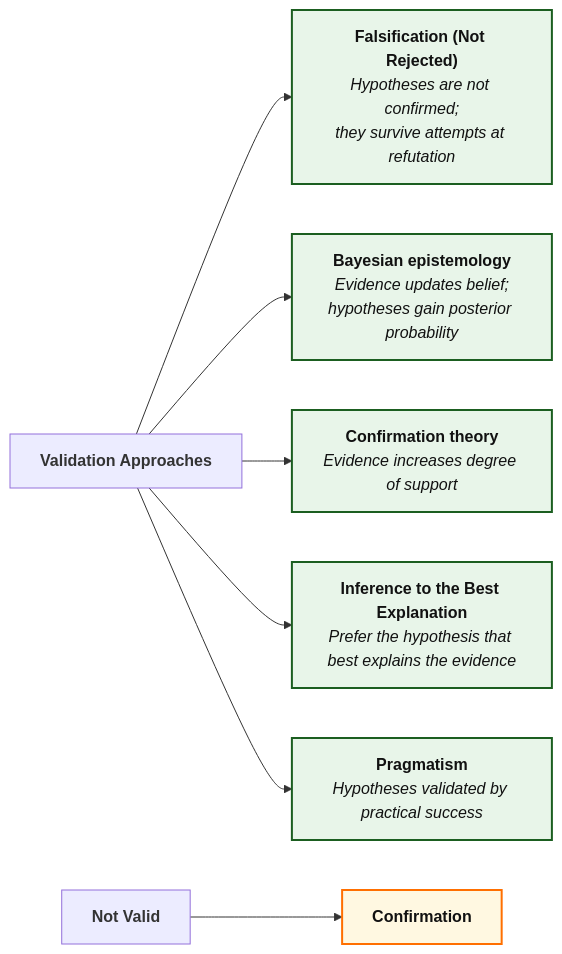
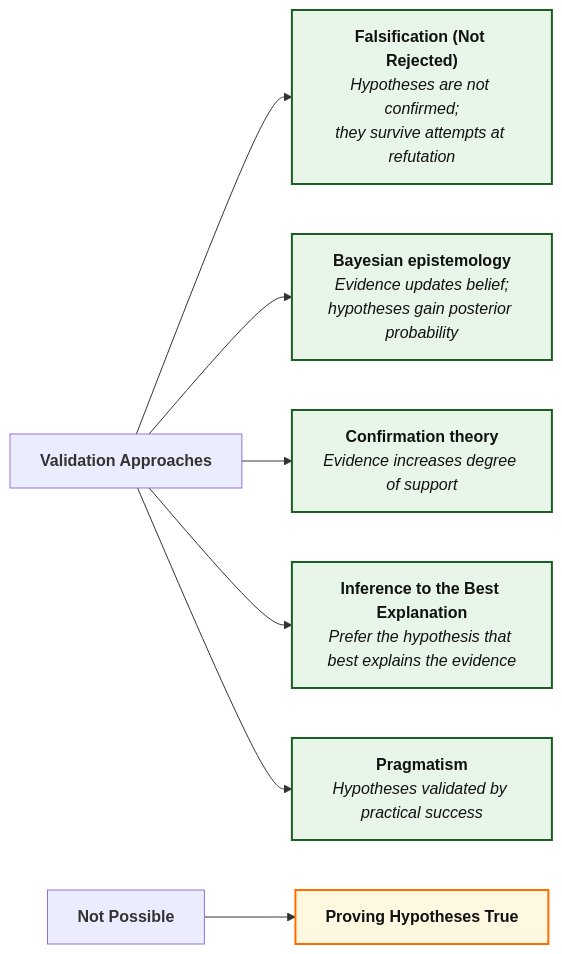
The diagram in articles-posts/hypothesis-validation.md (Tellusant/docs), drawn with Mermaid before and after one commit. The commit also changed other lines of this file, not shown here.

```diff
--- a/articles-posts/hypothesis-validation.md
+++ b/articles-posts/hypothesis-validation.md
@@ -12,31 +13,31 @@
 <div class="mermaid">
 
 flowchart LR
 
     V["`**Validation Approaches**`"]:::none
 
     F["`**Falsification (Not Rejected)**<br/>*Hypotheses are not confirmed;<br/>they survive attempts at refutation*`"]:::strong
     B["`**Bayesian epistemology**<br/>*Evidence updates belief;<br/>hypotheses gain posterior probability*`"]:::strong
     C["`**Confirmation theory**<br/>*Evidence increases degree of support*`"]:::strong
     I["`**Inference to the Best Explanation**<br/>*Prefer the hypothesis that best explains the evidence*`"]:::strong
     R["`**Pragmatism**<br/>*Hypotheses validated by practical success*`"]:::strong
 
-    NV["`**Not Valid**`"]:::none
-    CO["`**Confirmation**`"]:::mixed
+    NV["`**Not Possible**`"]:::none
+    CO["`**Proving Hypotheses True**`"]:::mixed
 
     V --> F
     V --> B
     V --> C
     V --> I
     V --> R
     NV--> CO
 
     %% ========= STYLES ========= Labels are from another graph
 classDef strong  fill:#E8F5E9,stroke:#1B5E20,stroke-width:2px,color:#111;
 classDef neutral fill:#E3F2FD,stroke:#0D47A1,stroke-width:2px,color:#111;
 classDef mixed   fill:#FFF8E1,stroke:#FF6F00,stroke-width:2px,color:#111;
 classDef risk    fill:#FDECEA,stroke:#B71C1C,stroke-width:2px,color:#111;
 classDef summary fill:#F5F5F5,stroke:#424242,stroke-width:2px,color:#111;
 classDef anchor fill:transparent,stroke:transparent;
 
 </div>
```
